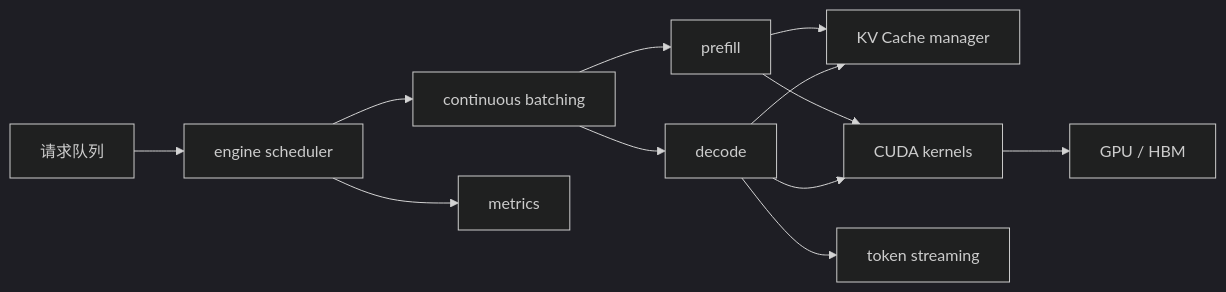
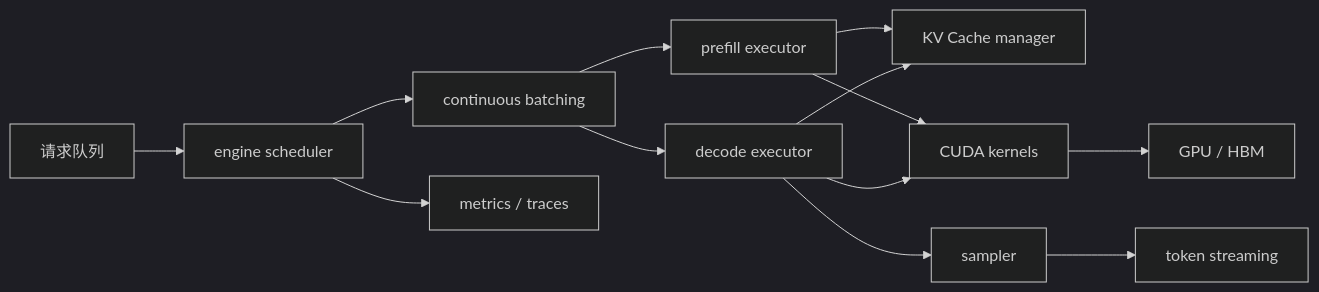
One commit to ikingye/ai-factory-engineering changed the diagram in docs/part-04-runtime/chapter-15-inference-engines.md. Above: the diagram before and after it, drawn with Mermaid (dark theme). The commit also changed other lines of this file and 4 other files, not shown here.

````diff
--- a/docs/part-04-runtime/chapter-15-inference-engines.md
+++ b/docs/part-04-runtime/chapter-15-inference-engines.md
@@ -23,14 +49,15 @@
 ```mermaid
 flowchart LR
   Req["请求队列"] --> Scheduler["engine scheduler"]
   Scheduler --> Batch["continuous batching"]
-  Batch --> Prefill["prefill"]
-  Batch --> Decode["decode"]
+  Batch --> Prefill["prefill executor"]
+  Batch --> Decode["decode executor"]
   Prefill --> KV["KV Cache manager"]
   Decode --> KV
   Prefill --> Kernels["CUDA kernels"]
   Decode --> Kernels
   Kernels --> GPU["GPU / HBM"]
-  Decode --> Stream["token streaming"]
-  Scheduler --> Metrics["metrics"]
+  Decode --> Sampler["sampler"]
+  Sampler --> Stream["token streaming"]
+  Scheduler --> Metrics["metrics / traces"]
 ```
````
